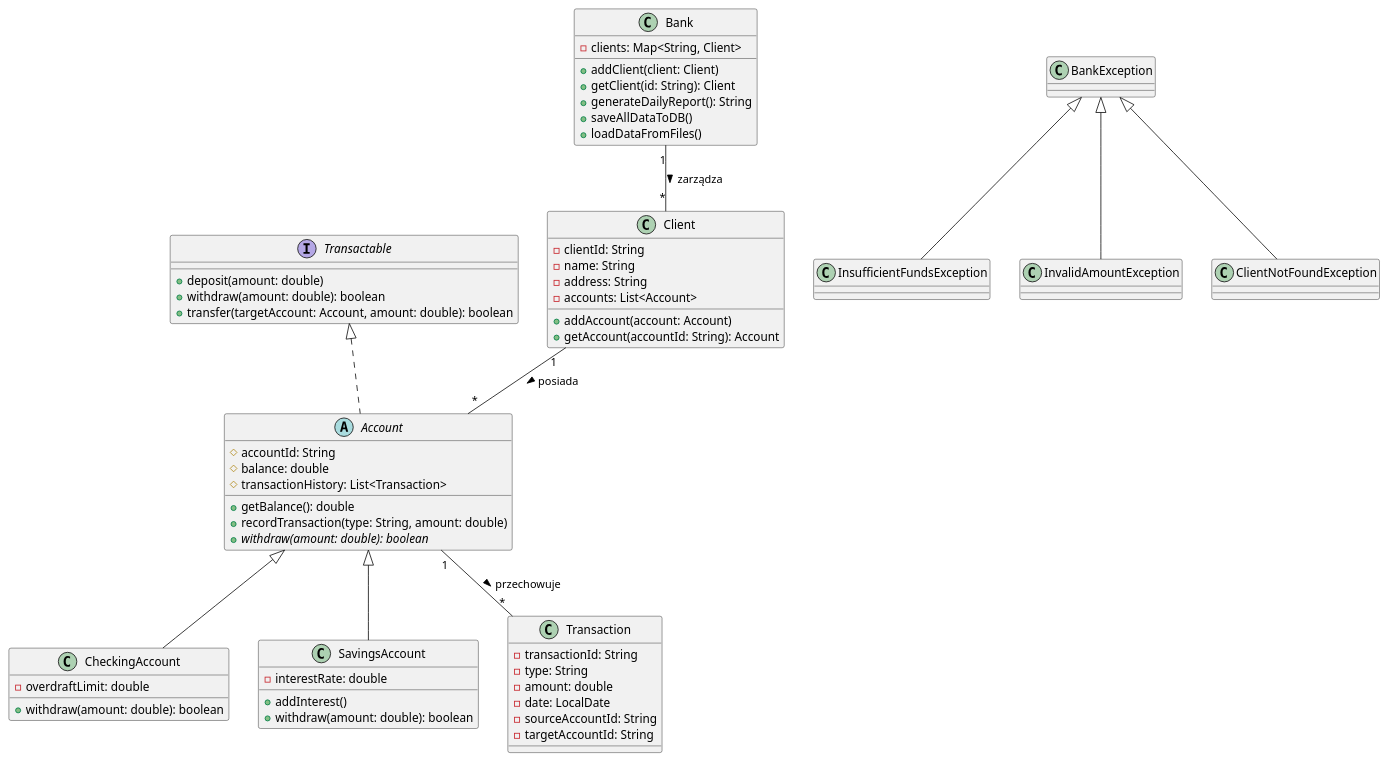
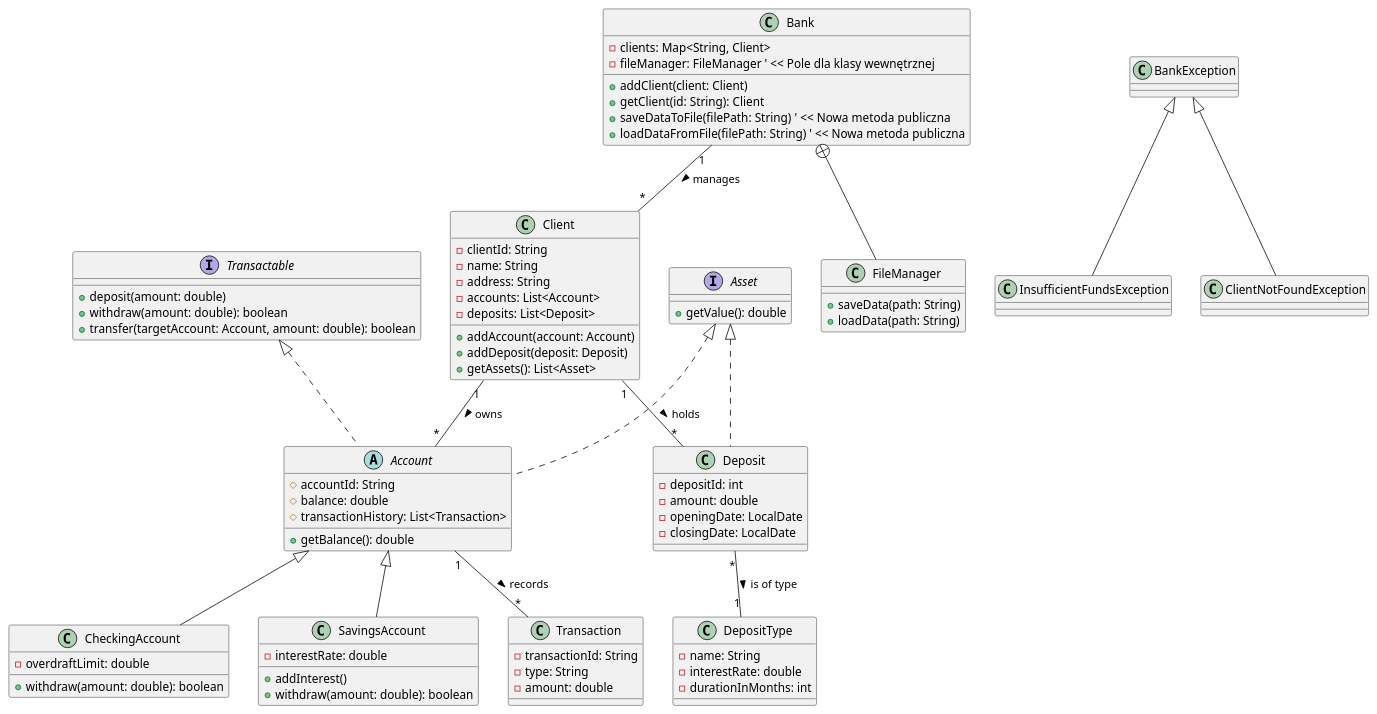
One commit to Sweetoos/bank_po changed the diagram in diagram.puml. Above: the diagram before and after it, drawn with PlantUML. The commit also changed 21 other files, not shown here.

```diff
--- a/diagram.puml
+++ b/diagram.puml
@@ -1,82 +1,120 @@
 @startuml
 
-' Interfejsy
+' --- INTERFEJSY ---
+
 interface Transactable {
     +deposit(amount: double)
     +withdraw(amount: double): boolean
     +transfer(targetAccount: Account, amount: double): boolean
 }
 
-' Główna Klasa Zarządzająca
+interface Asset {
+    +getValue(): double
+}
+
+
+' --- KLASY GŁÓWNE ---
+
 class Bank {
     -clients: Map<String, Client>
+    -fileManager: FileManager ' << Pole dla klasy wewnętrznej
     +addClient(client: Client)
     +getClient(id: String): Client
-    +generateDailyReport(): String
-    +saveAllDataToDB()
-    +loadDataFromFiles()
+    +saveDataToFile(filePath: String) ' << Nowa metoda publiczna
+    +loadDataFromFile(filePath: String) ' << Nowa metoda publiczna
 }
 
-' Klasa Klienta
+' << NOWA KLASA WEWNĘTRZNA >>
+' Zwróć uwagę, że jest zdefiniowana jako osobna klasa na diagramie,
+' a jej powiązanie z Bankiem jest pokazane przez specjalną relację.
+class FileManager {
+    +saveData(path: String)
+    +loadData(path: String)
+}
+
 class Client {
     -clientId: String
     -name: String
     -address: String
     -accounts: List<Account>
+    -deposits: List<Deposit>
     +addAccount(account: Account)
-    +getAccount(accountId: String): Account
+    +addDeposit(deposit: Deposit)
+    +getAssets(): List<Asset>
 }
 
-' Klasa Abstrakcyjna
+
+' --- HIERARCHIA KONT ---
+
 abstract class Account {
     #accountId: String
     #balance: double
     #transactionHistory: List<Transaction>
     +getBalance(): double
-    +recordTransaction(type: String, amount: double)
-    +{abstract} withdraw(amount: double): boolean
 }
 
-' Podklasy Kont
 class CheckingAccount {
     -overdraftLimit: double
     +withdraw(amount: double): boolean
 }
 
 class SavingsAccount {
     -interestRate: double
     +addInterest()
-    ' Polimorfizm (inna implementacja niż w CheckingAccount)
     +withdraw(amount: double): boolean
 }
 
-' Klasa Transakcji
+
+' --- HIERARCHIA LOKAT ---
+
+class Deposit {
+    -depositId: int
+    -amount: double
+    -openingDate: LocalDate
+    -closingDate: LocalDate
+}
+
+class DepositType {
+    -name: String
+    -interestRate: double
+    -durationInMonths: int
+}
+
+
+' --- INNE KLASY ---
+
 class Transaction {
     -transactionId: String
     -type: String
     -amount: double
-    -date: LocalDate
-    -sourceAccountId: String
-    -targetAccountId: String
 }
 
-' Wyjątki
 class BankException
 class InsufficientFundsException
-class InvalidAmountException
 class ClientNotFoundException
 
-' Relacje
+
+' --- RELACJE ---
+
+' Implementacja interfejsów
 Transactable <|.. Account
+Asset <|.. Account
+Asset <|.. Deposit
+
+' Dziedziczenie
 Account <|-- CheckingAccount
 Account <|-- SavingsAccount
-
 BankException <|-- InsufficientFundsException
-BankException <|-- InvalidAmountException
 BankException <|-- ClientNotFoundException
 
-Bank "1" -- "*" Client : zarządza >
-Client "1" -- "*" Account : posiada >
-Account "1" -- "*" Transaction : przechowuje >
+' Asocjacje (powiązania)
+Bank "1" -- "*" Client : manages >
+Client "1" -- "*" Account : owns >
+Client "1" -- "*" Deposit : holds >
+Account "1" -- "*" Transaction : records >
+Deposit "*" -- "1" DepositType : is of type >
+
+' << NOWA RELACJA ZAGNIEŻDŻENIA (KLASA WEWNĘTRZNA) >>
+Bank +-- FileManager
 
 @enduml
```
